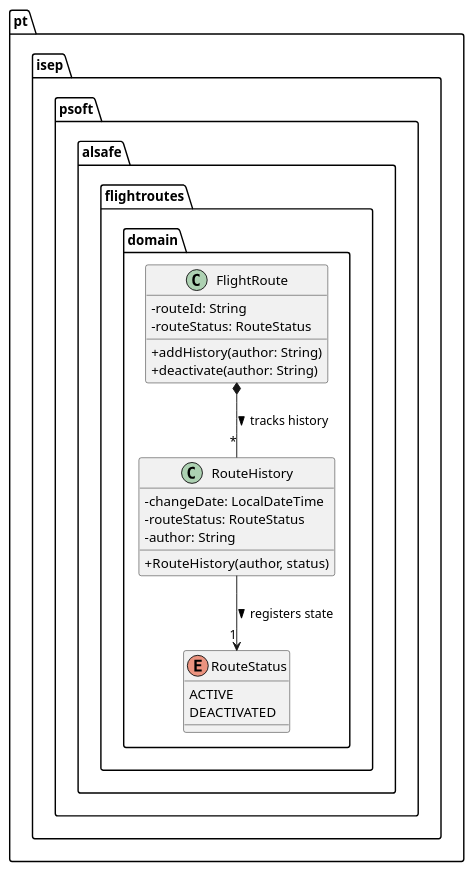
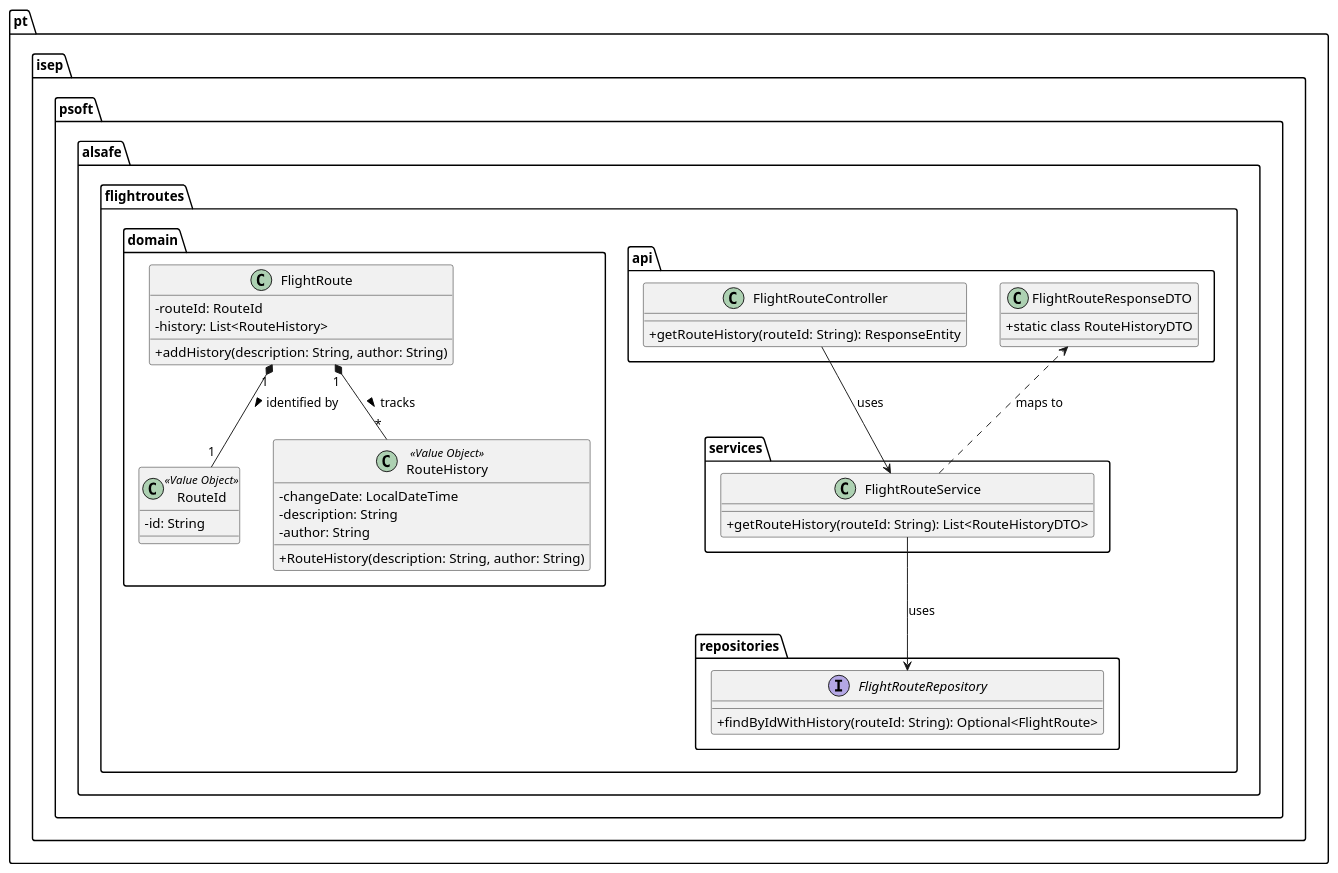
The diagram in docs/use-cases/WP#3A/US111/puml/US111-CD.puml (Andre-1240567/psoft2026_2DB_1240567_1241013_1240624), drawn with PlantUML before and after one commit. The commit also changed 157 other files, not shown here.

```diff
--- a/docs/use-cases/WP#3A/US111/puml/US111-CD.puml
+++ b/docs/use-cases/WP#3A/US111/puml/US111-CD.puml
@@ -1,29 +1,50 @@
 @startuml
 skinparam classAttributeIconSize 0
 
-package "pt.isep.psoft.alsafe.flightroutes.domain" {
-    
-    class FlightRoute {
-        - routeId: String
-        - routeStatus: RouteStatus
-        + addHistory(author: String)
-        + deactivate(author: String)
+package "pt.isep.psoft.alsafe.flightroutes.api" {
+    class FlightRouteController {
+        + getRouteHistory(routeId: String): ResponseEntity
     }
-
-    class RouteHistory {
-        - changeDate: LocalDateTime
-        - routeStatus: RouteStatus
-        - author: String
-        + RouteHistory(author, status)
-    }
-
-    enum RouteStatus {
-        ACTIVE
-        DEACTIVATED
+    class FlightRouteResponseDTO {
+        + static class RouteHistoryDTO
     }
 }
 
-FlightRoute *-- "*" RouteHistory : tracks history >
-RouteHistory --> "1" RouteStatus : registers state >
+package "pt.isep.psoft.alsafe.flightroutes.services" {
+    class FlightRouteService {
+        + getRouteHistory(routeId: String): List<RouteHistoryDTO>
+    }
+}
+
+package "pt.isep.psoft.alsafe.flightroutes.repositories" {
+    interface FlightRouteRepository {
+        + findByIdWithHistory(routeId: String): Optional<FlightRoute>
+    }
+}
+
+package "pt.isep.psoft.alsafe.flightroutes.domain" {
+    class FlightRoute {
+        - routeId: RouteId
+        - history: List<RouteHistory>
+        + addHistory(description: String, author: String)
+    }
+
+    class RouteId <<Value Object>> {
+        - id: String
+    }
+
+    class RouteHistory <<Value Object>> {
+        - changeDate: LocalDateTime
+        - description: String
+        - author: String
+        + RouteHistory(description: String, author: String)
+    }
+}
+
+FlightRouteController --> FlightRouteService : uses
+FlightRouteService --> FlightRouteRepository : uses
+FlightRouteService ..> FlightRouteResponseDTO : maps to
+FlightRoute "1" *-- "1" RouteId : identified by >
+FlightRoute "1" *-- "*" RouteHistory : tracks >
 
 @enduml
```
